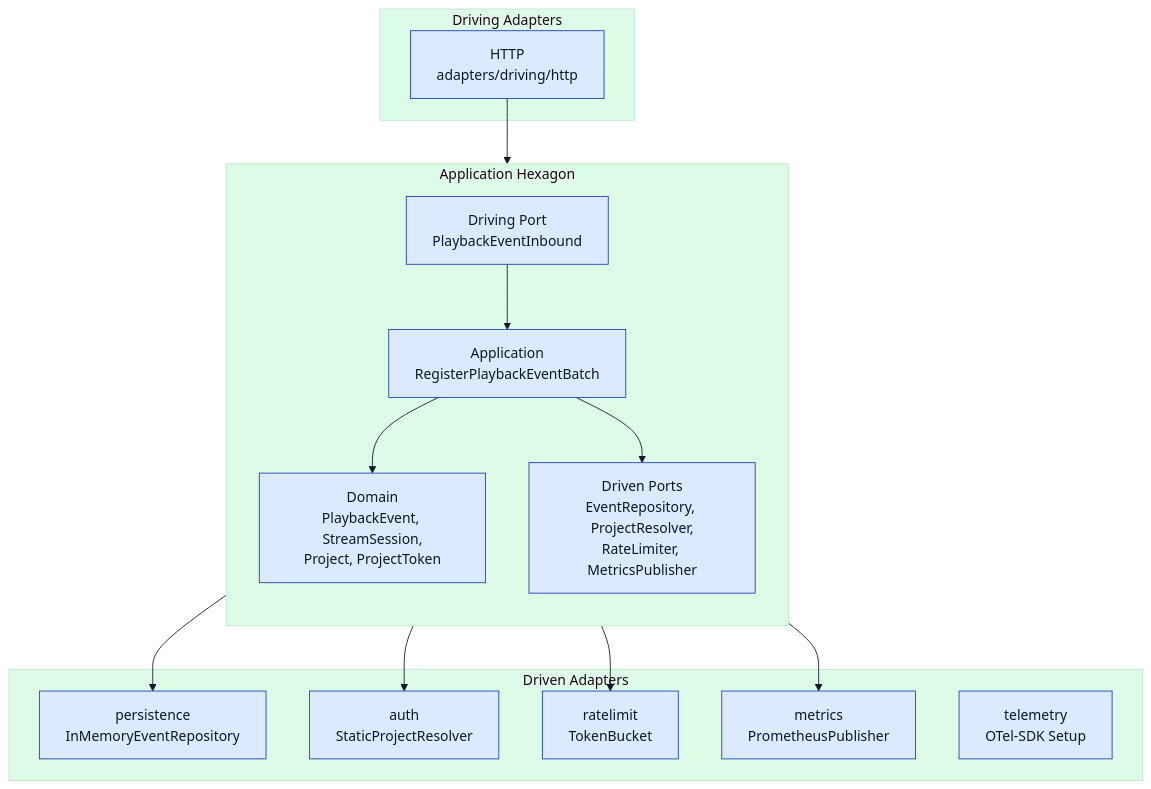
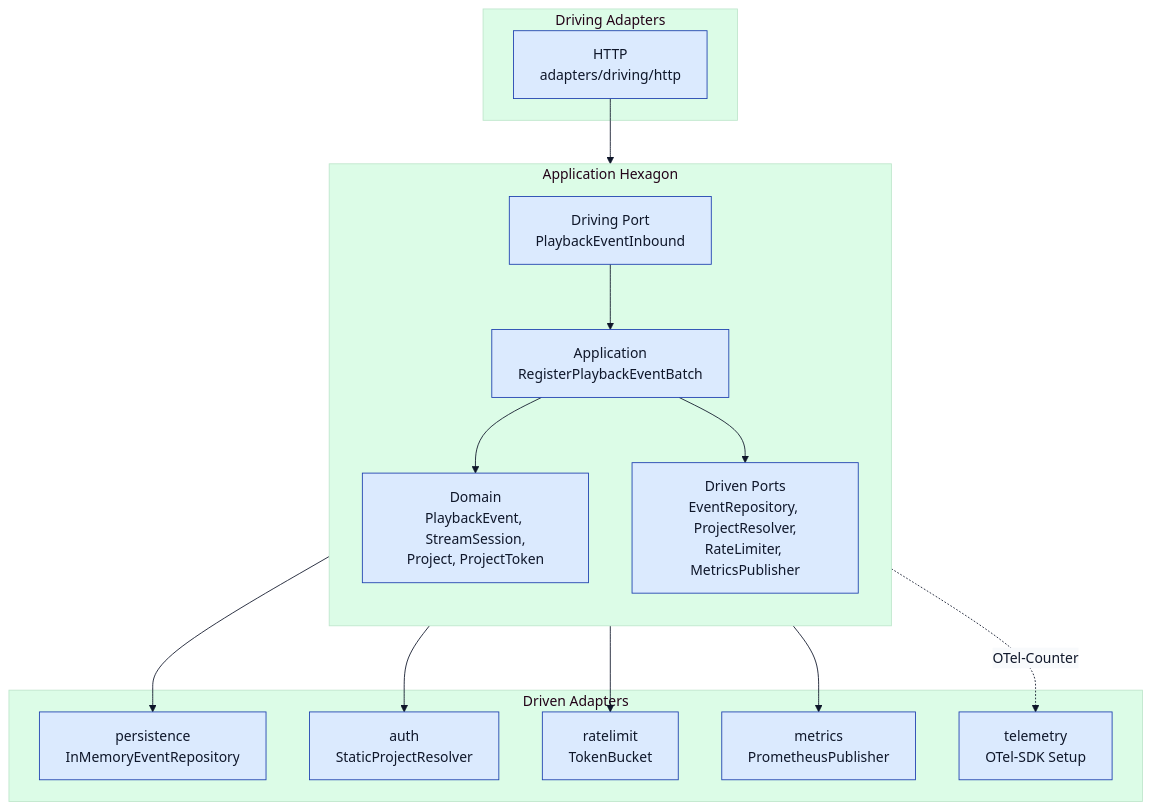
Before and after one commit to pt9912/m-trace: the second of 6 diagrams in docs/architecture.md, drawn with Mermaid. The commit also changed other lines of this file, not shown here.

First line of the commit message:
docs(architecture): restrukturiere zu reinem Zielbild (Soll)

````diff
--- a/docs/architecture.md
+++ b/docs/architecture.md
@@ -101,33 +104,34 @@
 ```mermaid
 %%{init: {'theme':'base','themeVariables':{'background':'#f8fafc','primaryColor':'#dbeafe','primaryTextColor':'#0f172a','primaryBorderColor':'#1e40af','lineColor':'#0f172a','secondaryColor':'#fef3c7','tertiaryColor':'#dcfce7','noteBkgColor':'#fef3c7','noteTextColor':'#0f172a','noteBorderColor':'#a16207','actorBkg':'#dbeafe','actorBorder':'#1e40af','actorTextColor':'#0f172a','actorLineColor':'#475569','signalColor':'#0f172a','signalTextColor':'#0f172a','sequenceNumberColor':'#ffffff','labelTextColor':'#0f172a','loopTextColor':'#0f172a','edgeLabelBackground':'#f8fafc'}}}%%
 flowchart TB
     subgraph driving["Driving Adapters"]
         HTTP["HTTP<br/>adapters/driving/http"]
     end
 
     subgraph hexagon["Application Hexagon"]
         direction TB
         InPort["Driving Port<br/>PlaybackEventInbound"]
         UseCase["Application<br/>RegisterPlaybackEventBatch"]
         Domain["Domain<br/>PlaybackEvent, StreamSession,<br/>Project, ProjectToken"]
         OutPorts["Driven Ports<br/>EventRepository, ProjectResolver,<br/>RateLimiter, MetricsPublisher"]
 
         InPort --> UseCase
         UseCase --> Domain
         UseCase --> OutPorts
     end
 
     subgraph driven["Driven Adapters"]
         Persist["persistence<br/>InMemoryEventRepository"]
         Auth["auth<br/>StaticProjectResolver"]
         Rate["ratelimit<br/>TokenBucket"]
         Metrics["metrics<br/>PrometheusPublisher"]
         Telemetry["telemetry<br/>OTel-SDK Setup"]
     end
 
     HTTP --> InPort
     OutPorts --> Persist
     OutPorts --> Auth
     OutPorts --> Rate
     OutPorts --> Metrics
+    UseCase -.OTel-Counter.-> Telemetry
 ```
````
